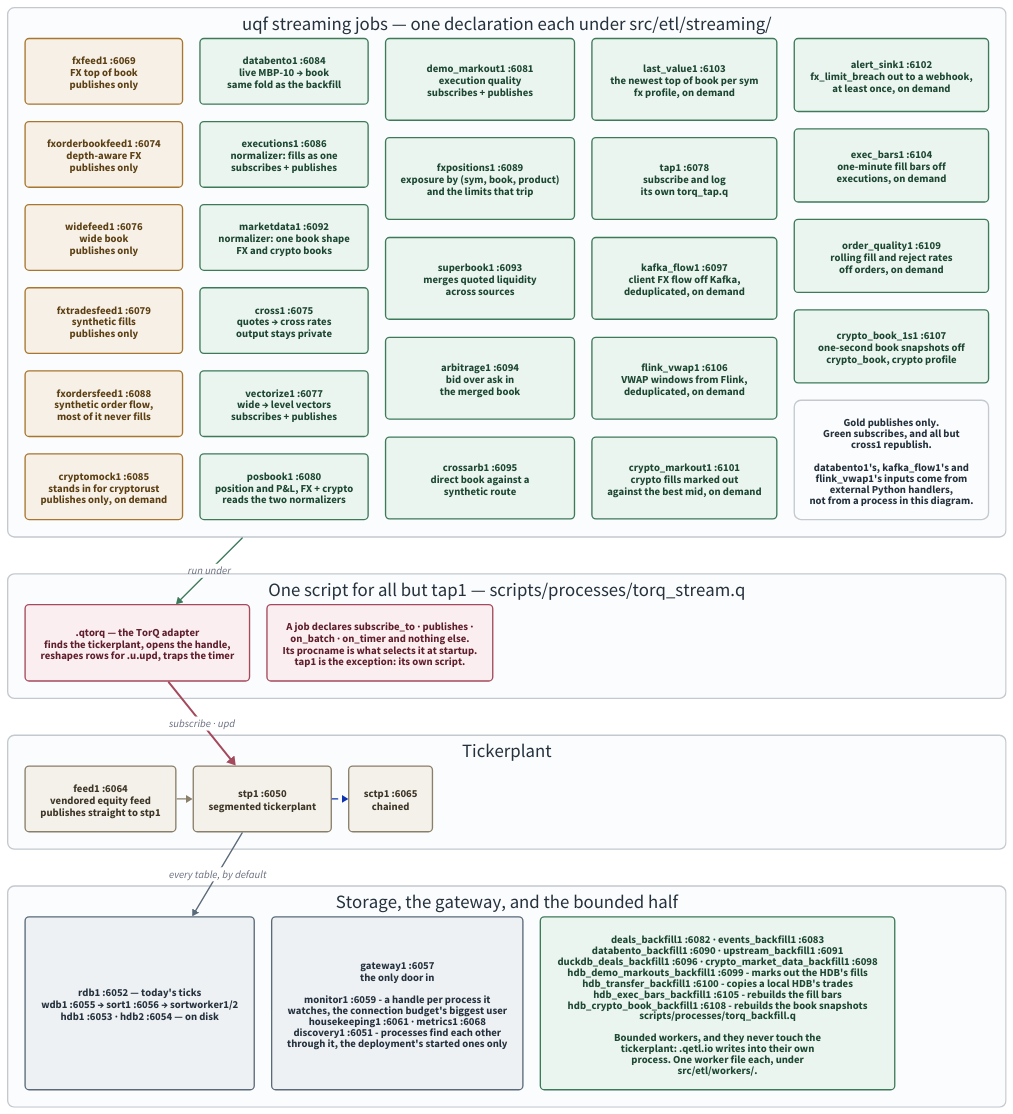
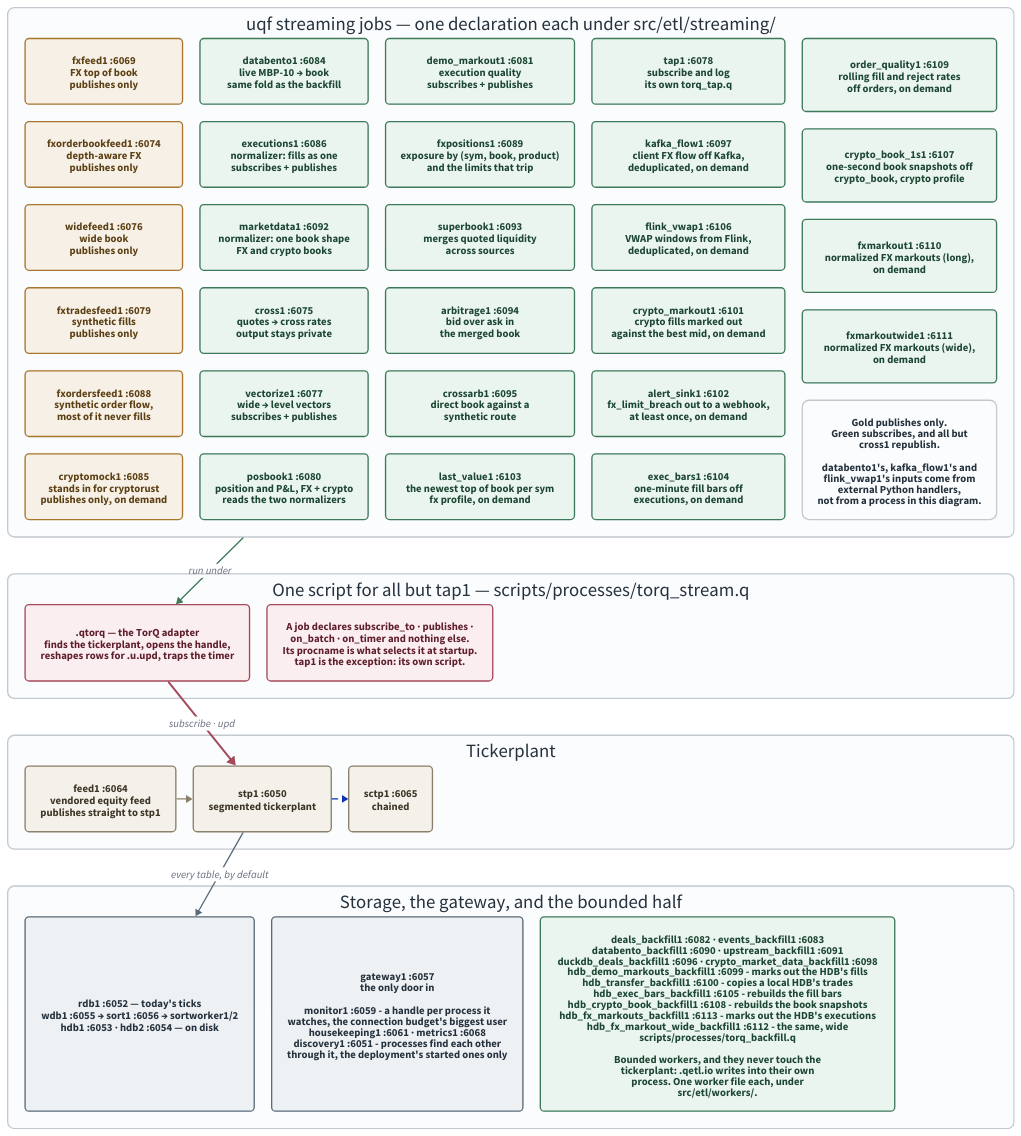
One commit to kwojdalski/uqf changed the diagram in docs/diagrams/stack-topology.d2. Above: the diagram before and after it, drawn with D2. The commit also changed 33 other files, not shown here.

First line of the commit message:
fx_markout jobs: live long and wide layouts, bounded twins, lifecycle tests (Fixes #1395)

```diff
--- a/docs/diagrams/stack-topology.d2
+++ b/docs/diagrams/stack-topology.d2
@@ -1,175 +1,177 @@
 # stack-topology.d2 - who connects to whom over IPC in the running stack.
 #
 # Rendered by scripts/generate/render_diagrams.py, which CI runs with
 # --check. Embedded from docs/architecture/stack.md.
 #
 # Ports are the defaults at base 6050; every one is {KDBBASEPORT}+offset, so
 # a different base shifts them all together. The authority for the offsets
 # is docs/reference/processes.md, which is GENERATED from the
 # pipeline registry - if this diagram and that table disagree, the table is
 # right.
 # scripts/gates/check_diagram_ports.py fails the build when any `name :port`
 # label here disagrees with that authority (#1369).
 #
 # WHAT THIS SHOWS THAT THE MERMAID VERSION DID NOT (#245).
 #
 # Every uqf streaming process but tap1 runs the SAME script. Since #204 a
 # streaming job is a declaration under src/etl/streaming/ and
 # processes/torq_stream.q is the one runner; which job a process runs is
 # decided by its procname at startup. The old diagram drew a script per
 # process, which is what the stack looked like before .qetl.job.stream and is the
 # single most misleading thing about it.
 #
 # The two connection patterns are still real and still different - publish
 # only, versus an access-listed subscribe - but a job performs neither
 # itself now. .qtorq does both on its behalf, which is why the adapter is
 # drawn between the processes and the tickerplant rather than left out.
 #
 # Backfills are on here too, and were not before. They are the other half
 # of the ETL tree and they reach the tickerplant NOT AT ALL: a bounded
 # worker writes through .qetl.io into its own process, so its rows never
 # traverse stp1. Drawing them beside the streaming jobs is the point - the
 # two halves look alike in the code and take completely different paths to
 # storage.
 
 direction: down
 
 grid-rows: 4
 grid-gap: 55
 
 vars: {
   d2-config: {
     pad: 40
   }
 }
 
 # Same palette as repo-overview.d2, so the set reads as one system: light
 # fills with dark text in both themes rather than a --dark-theme pairing,
 # which d2 still applies explicit styles over (d2lang/d2#831).
 classes: {
   feed: {
     style: {
       fill: "#f6f0e6"
       stroke: "#a8762f"
       font-color: "#5c3f13"
       border-radius: 6
     }
   }
   job: {
     style: {
       fill: "#eaf5ef"
       stroke: "#3d7a5a"
       font-color: "#1d4733"
       border-radius: 6
     }
   }
   adapter: {
     style: {
       fill: "#fbeef0"
       stroke: "#a54a5c"
       font-color: "#5f1f2c"
       border-radius: 6
     }
   }
   store: {
     style: {
       fill: "#eef1f4"
       stroke: "#5a6a78"
       font-color: "#25323d"
       border-radius: 6
     }
   }
   vendored: {
     style: {
       fill: "#f4f1ea"
       stroke: "#8a7f6a"
       font-color: "#3d3527"
       border-radius: 6
     }
   }
   band: {
     style: {
       fill: "#fbfcfd"
       stroke: "#c3c9cf"
       font-color: "#25323d"
       stroke-width: 2
       border-radius: 10
     }
   }
 }
 
 jobs: "uqf streaming jobs — one declaration each under src/etl/streaming/" {
   class: band
   grid-columns: 5
   grid-gap: 26
 
   fxfeed1: "fxfeed1 :6069\nFX top of book\npublishes only" { class: feed }
   fxorderbookfeed1: "fxorderbookfeed1 :6074\ndepth-aware FX\npublishes only" { class: feed }
   widefeed1: "widefeed1 :6076\nwide book\npublishes only" { class: feed }
   fxtradesfeed1: "fxtradesfeed1 :6079\nsynthetic fills\npublishes only" { class: feed }
   fxordersfeed1: "fxordersfeed1 :6088\nsynthetic order flow,\nmost of it never fills" { class: feed }
 
   cryptomock1: "cryptomock1 :6085\nstands in for cryptorust\npublishes only, on demand" { class: feed }
   databento1: "databento1 :6084\nlive MBP-10 → book\nsame fold as the backfill" { class: job }
   executions1: "executions1 :6086\nnormalizer: fills as one\nsubscribes + publishes" { class: job }
   marketdata1: "marketdata1 :6092\nnormalizer: one book shape\nFX and crypto books" { class: job }
 
   cross1: "cross1 :6075\nquotes → cross rates\noutput stays private" { class: job }
   vectorize1: "vectorize1 :6077\nwide → level vectors\nsubscribes + publishes" { class: job }
   posbook1: "posbook1 :6080\nposition and P&L, FX + crypto\nreads the two normalizers" { class: job }
   demo_markout1: "demo_markout1 :6081\nexecution quality\nsubscribes + publishes" { class: job }
   fxpositions1: "fxpositions1 :6089\nexposure by (sym, book, product)\nand the limits that trip" { class: job }
 
   superbook1: "superbook1 :6093\nmerges quoted liquidity\nacross sources" { class: job }
   arbitrage1: "arbitrage1 :6094\nbid over ask in\nthe merged book" { class: job }
   crossarb1: "crossarb1 :6095\ndirect book against a\nsynthetic route" { class: job }
   last_value1: "last_value1 :6103\nthe newest top of book per sym\nfx profile, on demand" { class: job }
   tap1: "tap1 :6078\nsubscribe and log\nits own torq_tap.q" { class: job }
   kafka_flow1: "kafka_flow1 :6097\nclient FX flow off Kafka,\ndeduplicated, on demand" { class: job }
   flink_vwap1: "flink_vwap1 :6106\nVWAP windows from Flink,\ndeduplicated, on demand" { class: job }
   crypto_markout1: "crypto_markout1 :6101\ncrypto fills marked out\nagainst the best mid, on demand" { class: job }
   alert_sink1: "alert_sink1 :6102\nfx_limit_breach out to a webhook,\nat least once, on demand" { class: job }
   exec_bars1: "exec_bars1 :6104\none-minute fill bars off\nexecutions, on demand" { class: job }
   order_quality1: "order_quality1 :6109\nrolling fill and reject rates\noff orders, on demand" { class: job }
   crypto_book_1s1: "crypto_book_1s1 :6107\none-second book snapshots off\ncrypto_book, crypto profile" { class: job }
+  fxmarkout1: "fxmarkout1 :6110\nnormalized FX markouts (long),\non demand" { class: job }
+  fxmarkoutwide1: "fxmarkoutwide1 :6111\nnormalized FX markouts (wide),\non demand" { class: job }
   legend: "Gold publishes only.\nGreen subscribes, and all but\ncross1 republish.\n\ndatabento1's, kafka_flow1's and\nflink_vwap1's inputs come from\nexternal Python handlers,\nnot from a process in this diagram." { class: band }
 }
 
 runner: "One script for all but tap1 — scripts/processes/torq_stream.q" {
   class: band
   grid-columns: 2
   grid-gap: 26
 
   qtorq: ".qtorq — the TorQ adapter\nfinds the tickerplant, opens the handle,\nreshapes rows for .u.upd, traps the timer" { class: adapter }
   note: "A job declares subscribe_to · publishes ·\non_batch · on_timer and nothing else.\nIts procname is what selects it at startup.\ntap1 is the exception: its own script." { class: adapter }
 }
 
 tp: "Tickerplant" {
   class: band
   grid-columns: 3
   grid-gap: 26
 
   feed1: "feed1 :6064\nvendored equity feed\npublishes straight to stp1" { class: vendored }
   stp: "stp1 :6050\nsegmented tickerplant" { class: vendored }
   sctp: "sctp1 :6065\nchained" { class: vendored }
 
   feed1 -> stp { style.stroke: "#8a7f6a" }
   stp -> sctp { style.stroke-dash: 4 }
 }
 
 downstream: "Storage, the gateway, and the bounded half" {
   class: band
   grid-columns: 3
   grid-gap: 26
 
   storage: "rdb1 :6052 — today's ticks\nwdb1 :6055 → sort1 :6056 → sortworker1/2\nhdb1 :6053 · hdb2 :6054 — on disk" { class: store }
   gw: "gateway1 :6057\nthe only door in\n\nmonitor1 :6059 - a handle per process it\nwatches, the connection budget's biggest user\nhousekeeping1 :6061 · metrics1 :6068\ndiscovery1 :6051 - processes find each other\nthrough it, the deployment's started ones only" { class: store }
-  backfills: "deals_backfill1 :6082 · events_backfill1 :6083\ndatabento_backfill1 :6090 · upstream_backfill1 :6091\nduckdb_deals_backfill1 :6096 · crypto_market_data_backfill1 :6098\nhdb_demo_markouts_backfill1 :6099 - marks out the HDB's fills\nhdb_transfer_backfill1 :6100 - copies a local HDB's trades\nhdb_exec_bars_backfill1 :6105 - rebuilds the fill bars\nhdb_crypto_book_backfill1 :6108 - rebuilds the book snapshots\nscripts/processes/torq_backfill.q\n\nBounded workers, and they never touch the\ntickerplant: .qetl.io writes into their own\nprocess. One worker file each, under\nsrc/etl/workers/." { class: job }
+  backfills: "deals_backfill1 :6082 · events_backfill1 :6083\ndatabento_backfill1 :6090 · upstream_backfill1 :6091\nduckdb_deals_backfill1 :6096 · crypto_market_data_backfill1 :6098\nhdb_demo_markouts_backfill1 :6099 - marks out the HDB's fills\nhdb_transfer_backfill1 :6100 - copies a local HDB's trades\nhdb_exec_bars_backfill1 :6105 - rebuilds the fill bars\nhdb_crypto_book_backfill1 :6108 - rebuilds the book snapshots\nhdb_fx_markouts_backfill1 :6113 - marks out the HDB's executions\nhdb_fx_markout_wide_backfill1 :6112 - the same, wide\nscripts/processes/torq_backfill.q\n\nBounded workers, and they never touch the\ntickerplant: .qetl.io writes into their own\nprocess. One worker file each, under\nsrc/etl/workers/." { class: job }
 }
 
 jobs -> runner.qtorq: "run under" { style.stroke: "#3d7a5a" }
 runner.qtorq -> tp.stp: "subscribe · upd" {
   style.stroke: "#a54a5c"
   style.stroke-width: 3
 }
 tp.stp -> downstream.storage: "every table, by default" { style.stroke: "#5a6a78" }
```
